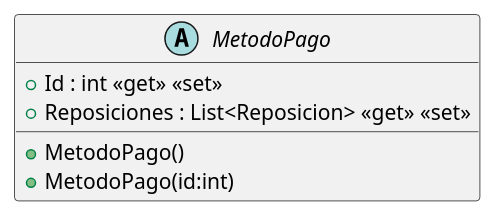
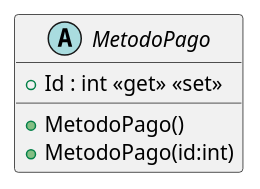
One commit to ISII2627DDNProject/ISII2627DDNProject changed the diagram in src/AppForSEII.API/ClassDiagram/MetodoPago.puml. Above: the diagram before and after it, drawn with PlantUML. The commit also changed 11 other files, not shown here.

First line of the commit message:
Implementación dell diagrama del CU1: Comprar libros (#74)

```diff
--- a/src/AppForSEII.API/ClassDiagram/MetodoPago.puml
+++ b/src/AppForSEII.API/ClassDiagram/MetodoPago.puml
@@ -1,8 +1,8 @@
 @startuml
 abstract class MetodoPago {
     + MetodoPago()
     + MetodoPago(id:int)
     + Id : int <<get>> <<set>>
-    + Reposiciones : List<Reposicion> <<get>> <<set>>
 }
+
 @enduml
```
